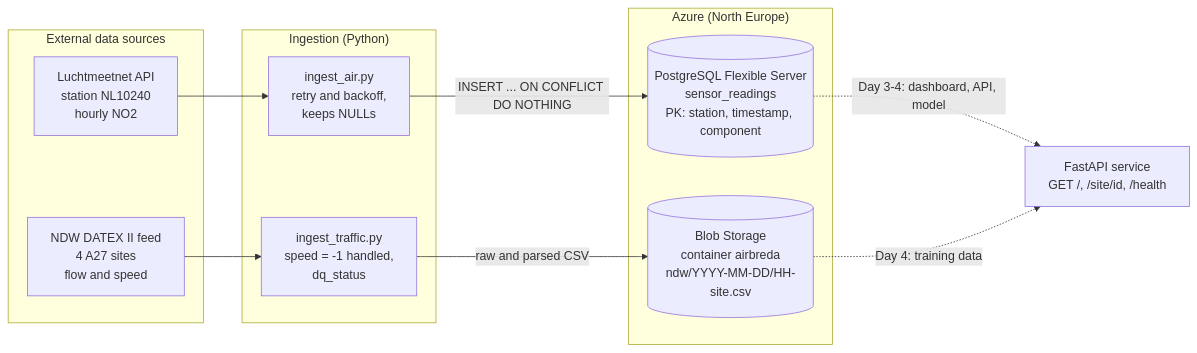
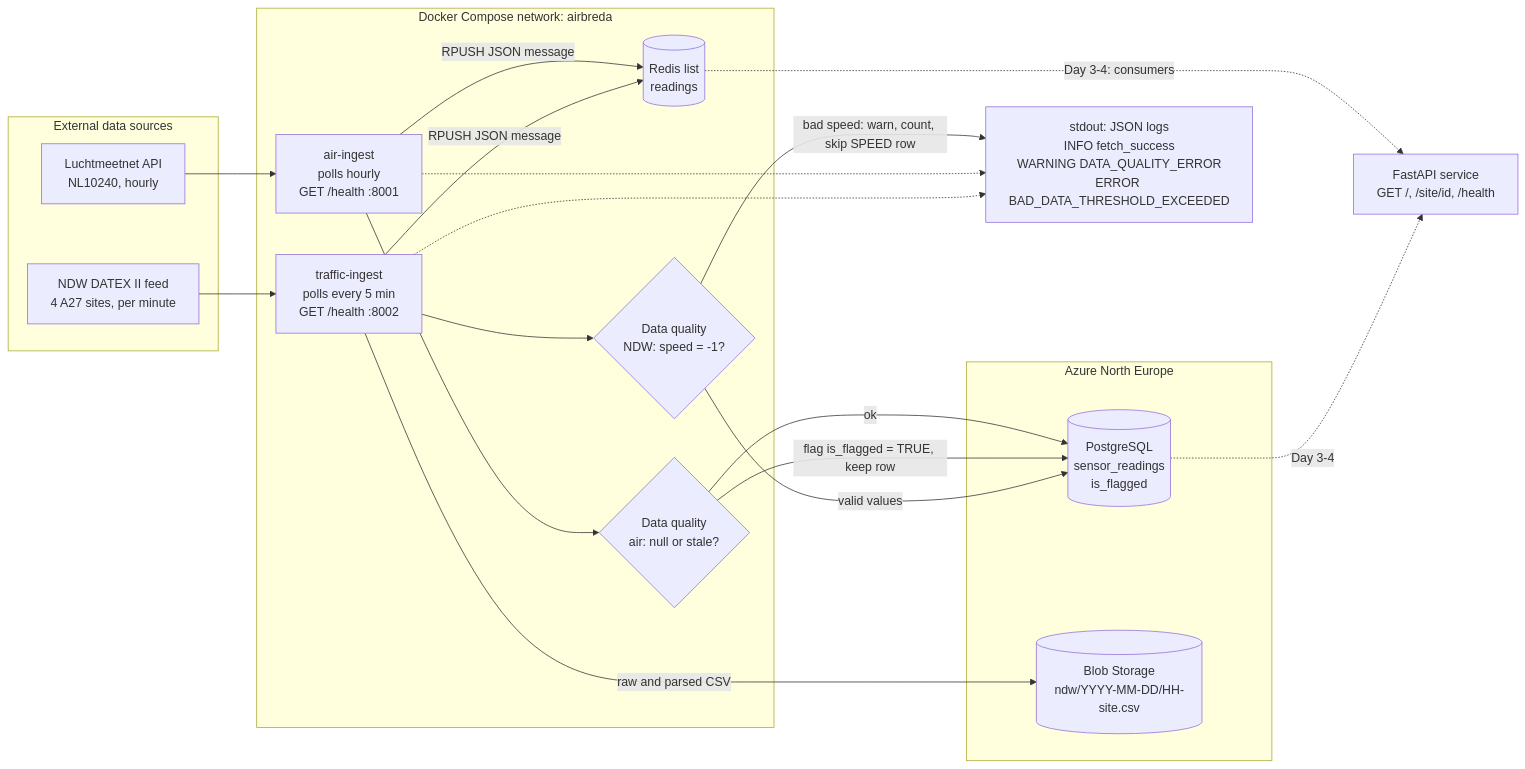
Before and after one commit to OmarAhmedSyed244587/244587_Elective_airbreda: the diagram in docs/architecture.md, drawn with Mermaid. The commit also changed other lines of this file, not shown here.

Commit message:
Update architecture diagram for Day 2

````diff
--- a/docs/architecture.md
+++ b/docs/architecture.md
@@ -3,25 +3,43 @@
 ```mermaid
 flowchart LR
     subgraph Sources["External data sources"]
-        LM["Luchtmeetnet API<br/>station NL10240<br/>hourly NO2"]
-        NDW["NDW DATEX II feed<br/>4 A27 sites<br/>flow and speed"]
+        LM["Luchtmeetnet API<br/>NL10240, hourly"]
+        NDW["NDW DATEX II feed<br/>4 A27 sites, per minute"]
     end
 
-    subgraph Ingest["Ingestion (Python)"]
-        IA["ingest_air.py<br/>retry and backoff,<br/>keeps NULLs"]
-        IT["ingest_traffic.py<br/>speed = -1 handled,<br/>dq_status"]
+    subgraph Compose["Docker Compose network: airbreda"]
+        IA["air-ingest<br/>polls hourly<br/>GET /health :8001"]
+        IT["traffic-ingest<br/>polls every 5 min<br/>GET /health :8002"]
+        RQ[("Redis list<br/>readings")]
+        DQA{"Data quality<br/>air: null or stale?"}
+        DQT{"Data quality<br/>NDW: speed = -1?"}
     end
 
-    subgraph Azure["Azure (North Europe)"]
-        DB[("PostgreSQL Flexible Server<br/>sensor_readings<br/>PK: station, timestamp, component")]
-        BLOB[("Blob Storage<br/>container airbreda<br/>ndw/YYYY-MM-DD/HH-site.csv")]
+    subgraph Azure["Azure North Europe"]
+        DB[("PostgreSQL<br/>sensor_readings<br/>is_flagged")]
+        BLOB[("Blob Storage<br/>ndw/YYYY-MM-DD/HH-site.csv")]
     end
+
+    LOGS["stdout: JSON logs<br/>INFO fetch_success<br/>WARNING DATA_QUALITY_ERROR<br/>ERROR BAD_DATA_THRESHOLD_EXCEEDED"]
 
     LM --> IA
     NDW --> IT
-    IA -->|"INSERT ... ON CONFLICT DO NOTHING"| DB
+
+    IA --> DQA
+    DQA -->|"ok"| DB
+    DQA -->|"flag is_flagged = TRUE, keep row"| DB
+
+    IT --> DQT
+    DQT -->|"valid values"| DB
+    DQT -->|"bad speed: warn, count, skip SPEED row"| LOGS
     IT -->|"raw and parsed CSV"| BLOB
 
-    DB -.->|"Day 3-4: dashboard, API, model"| APP["FastAPI service<br/>GET /, /site/id, /health"]
-    BLOB -.->|"Day 4: training data"| APP
+    IA -->|"RPUSH JSON message"| RQ
+    IT -->|"RPUSH JSON message"| RQ
+
+    IA -.-> LOGS
+    IT -.-> LOGS
+
+    RQ -.->|"Day 3-4: consumers"| APP["FastAPI service<br/>GET /, /site/id, /health"]
+    DB -.->|"Day 3-4"| APP
 ```
````
